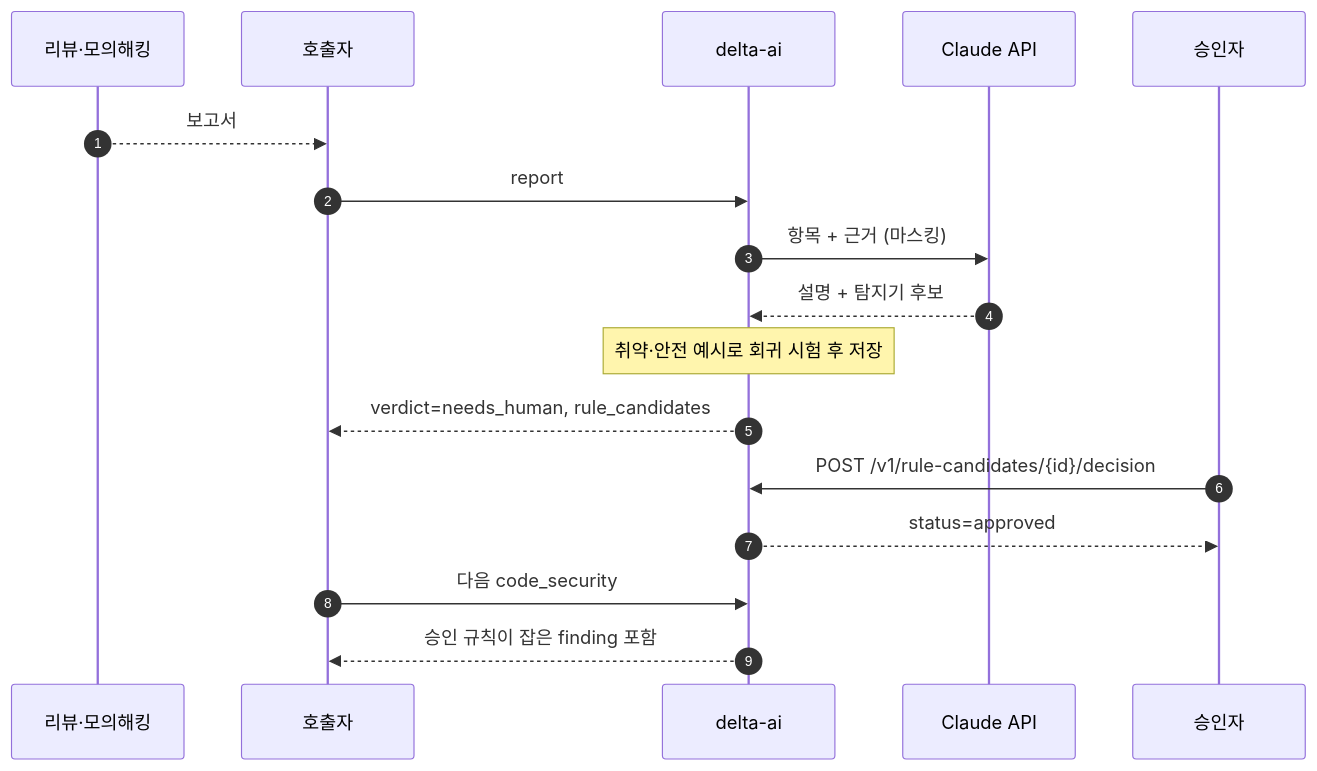
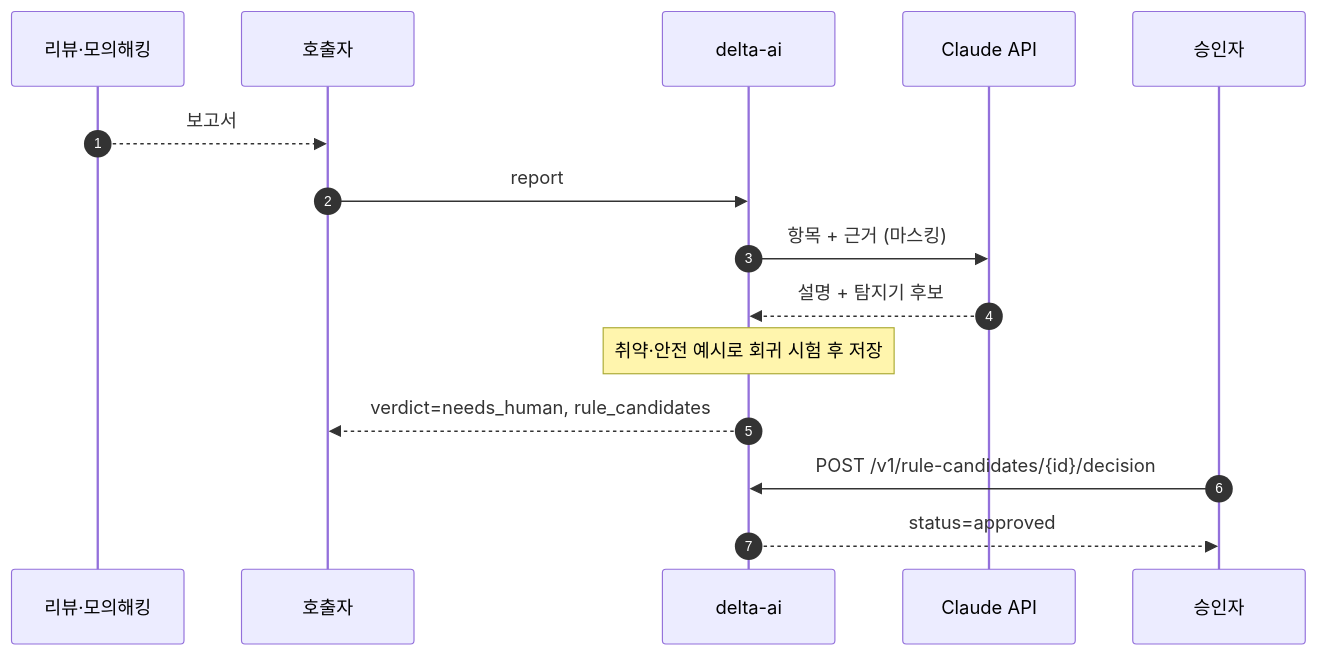
The diagram in services/delta-ai/docs/diagrams/08-feedback.mmd (2026-sbh-delta/delta-network-gateway), drawn with Mermaid before and after one commit. The commit also changed 38 other files, not shown here.

Commit message:
refactor: remove code security path from delta-ai

```diff
--- a/services/delta-ai/docs/diagrams/08-feedback.mmd
+++ b/services/delta-ai/docs/diagrams/08-feedback.mmd
@@ -1,17 +1,15 @@
 sequenceDiagram
   autonumber
   participant R as 리뷰·모의해킹
   participant A as 호출자
   participant D as delta-ai
   participant L as Claude API
   participant H as 승인자
   R-->>A: 보고서
   A->>D: report
   D->>L: 항목 + 근거 (마스킹)
   L-->>D: 설명 + 탐지기 후보
   Note over D: 취약·안전 예시로 회귀 시험 후 저장
   D-->>A: verdict=needs_human, rule_candidates
   H->>D: POST /v1/rule-candidates/{id}/decision
   D-->>H: status=approved
-  A->>D: 다음 code_security
-  D-->>A: 승인 규칙이 잡은 finding 포함
```
